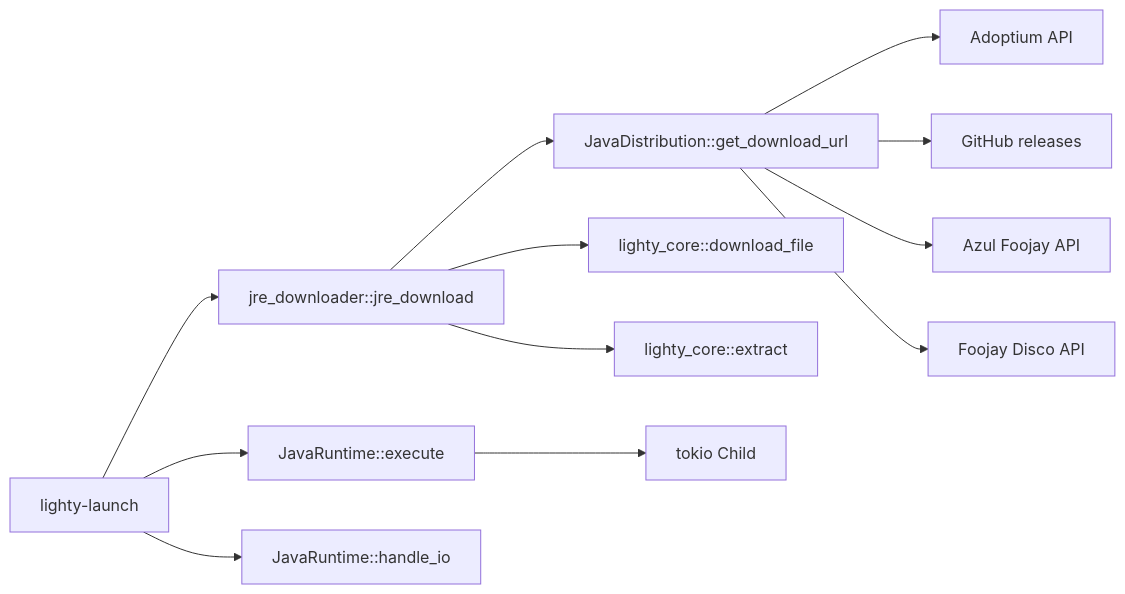
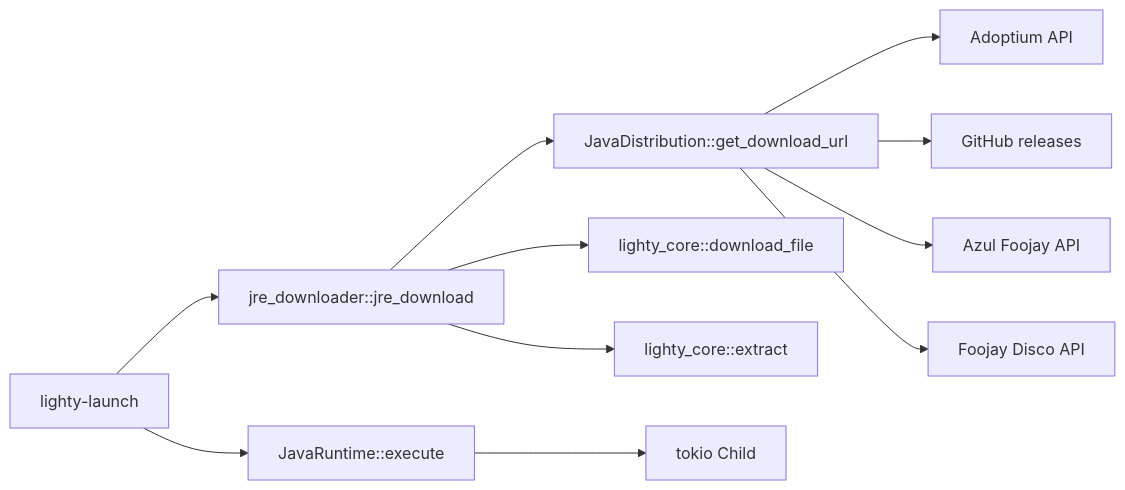
Before and after one commit to Lighty-Launcher/LightyLauncherLib: the diagram in crates/java/docs/overview.md, drawn with Mermaid. The commit also changed other lines of this file and 10 other files, not shown here.

````diff
--- a/crates/java/docs/overview.md
+++ b/crates/java/docs/overview.md
@@ -49,14 +49,13 @@
 ```mermaid
 flowchart LR
     APP[lighty-launch] --> JRE[jre_downloader::jre_download]
     JRE --> DIST[JavaDistribution::get_download_url]
     DIST --> TEMURIN[Adoptium API]
     DIST --> GRAAL[GitHub releases]
     DIST --> ZULU[Azul Foojay API]
     DIST --> LIBERICA[Foojay Disco API]
     JRE --> DL[lighty_core::download_file]
     JRE --> EX[lighty_core::extract]
     APP --> RUN[JavaRuntime::execute]
     RUN --> CHILD[tokio Child]
-    APP --> IO[JavaRuntime::handle_io]
 ```
````
